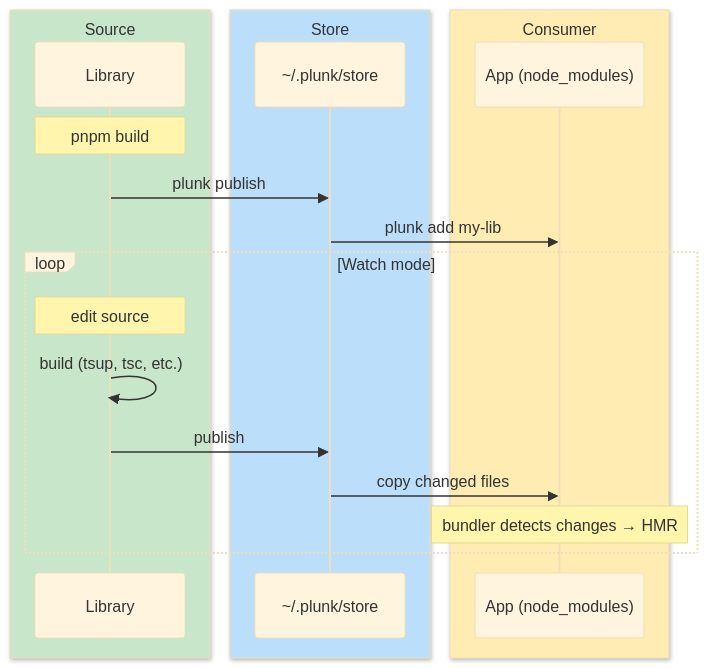
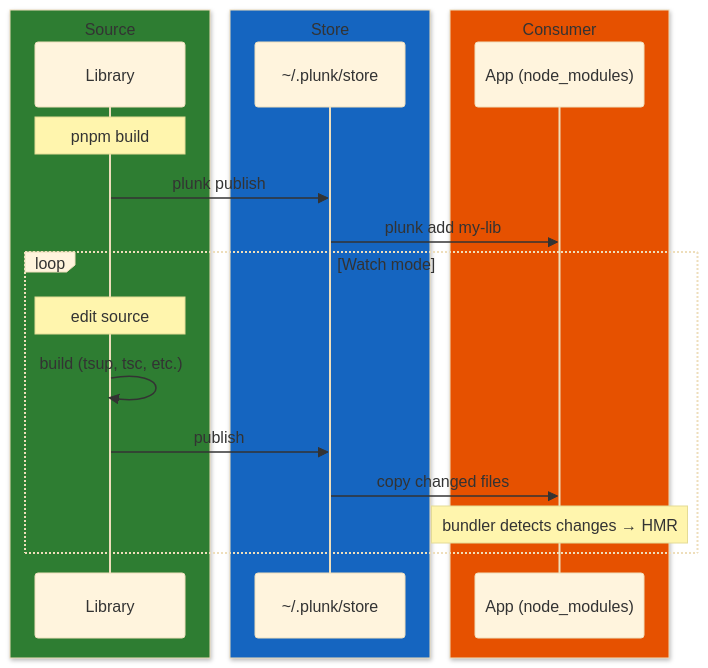
One commit to oleg-kuibar/plunk changed the first of 2 diagrams in docs/getting-started.md. Above: the diagram before and after it, drawn with Mermaid (base theme). The commit also changed other lines of this file and 5 other files, not shown here.

First line of the commit message:
docs: use dark-fill mermaid colors for dark-themed UI readability

````diff
--- a/docs/getting-started.md
+++ b/docs/getting-started.md
@@ -14,24 +14,24 @@
 ```mermaid
 sequenceDiagram
-    box rgb(200,230,201) Source
+    box rgb(46,125,50) Source
         participant Lib as Library
     end
-    box rgb(187,222,251) Store
+    box rgb(21,101,192) Store
         participant Store as ~/.plunk/store
     end
-    box rgb(255,236,179) Consumer
+    box rgb(230,81,0) Consumer
         participant App as App (node_modules)
     end
 
     Note over Lib: pnpm build
     Lib->>Store: plunk publish
     Store->>App: plunk add my-lib
 
     loop Watch mode
         Note over Lib: edit source
         Lib->>Lib: build (tsup, tsc, etc.)
         Lib->>Store: publish
         Store->>App: copy changed files
         Note over App: bundler detects changes → HMR
     end
 ```
````
